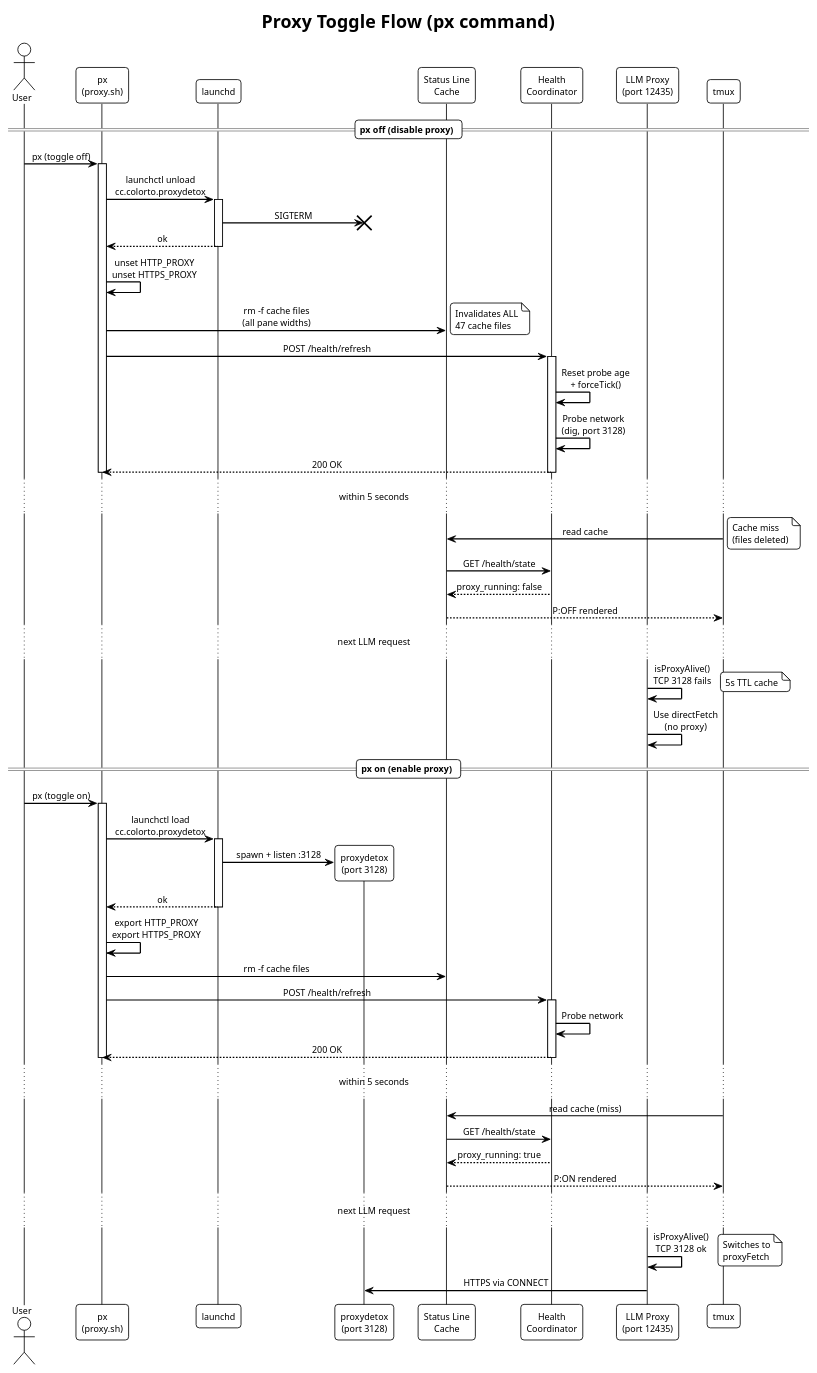
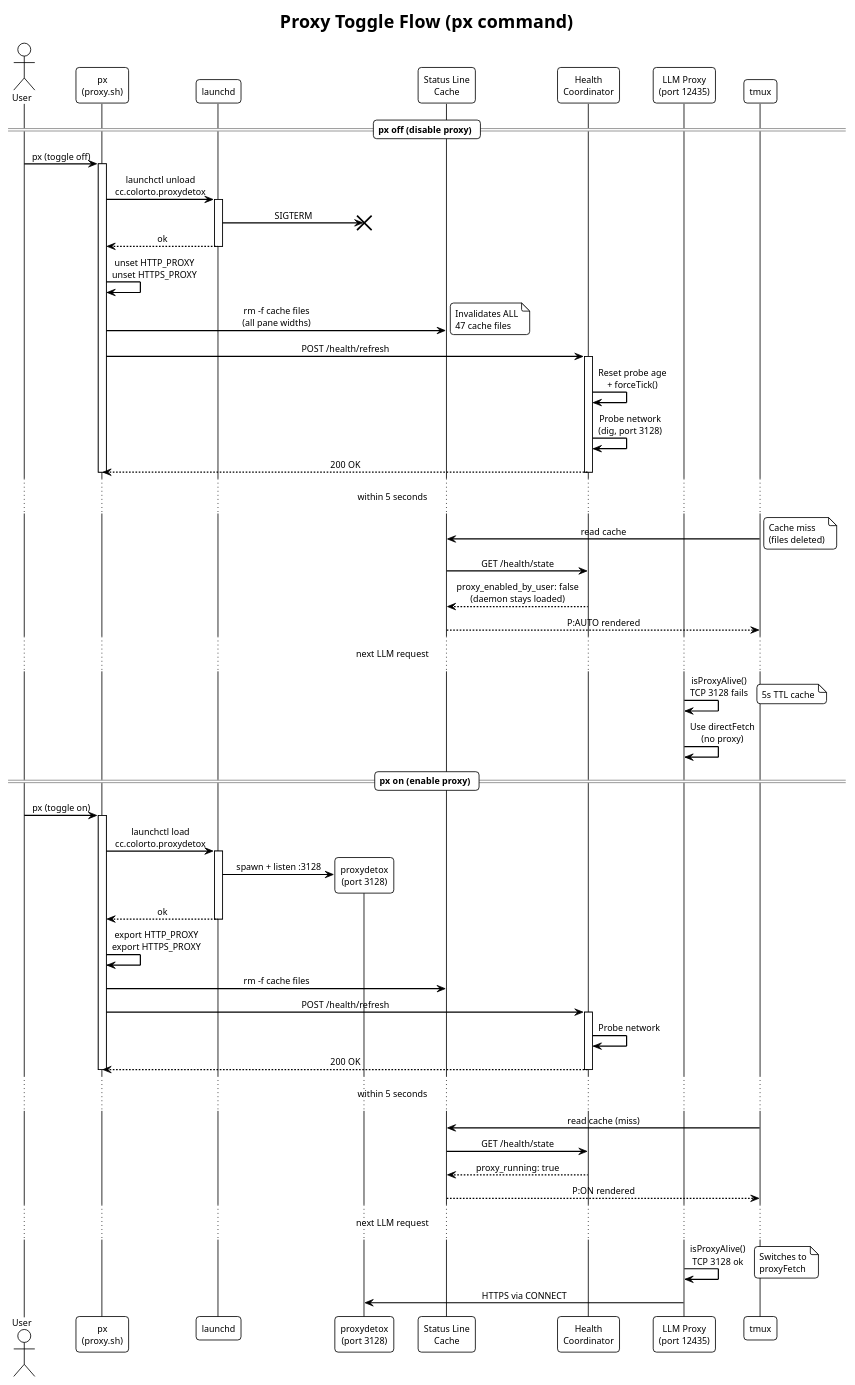
Before and after one commit to fwornle/coding: the diagram in docs-content/diagrams/proxy-toggle-flow.puml, drawn with PlantUML. The commit also changed 19 other files, not shown here.

First line of the commit message:
docs: three-state proxy badge P:ON / P:AUTO / P:OFF across guides + diagrams

```diff
--- a/docs-content/diagrams/proxy-toggle-flow.puml
+++ b/docs-content/diagrams/proxy-toggle-flow.puml
@@ -1,97 +1,97 @@
 @startuml proxy-toggle-flow
 !theme plain
 skinparam backgroundColor #FFFFFF
 skinparam sequenceMessageAlign center
 skinparam responseMessageBelowArrow true
 skinparam sequenceArrowThickness 1.5
 skinparam roundcorner 8
 skinparam defaultFontName SF Mono
 skinparam defaultFontSize 11
 
 title Proxy Toggle Flow (px command)
 
 actor User
 participant "px\n(proxy.sh)" as PX
 participant "launchd" as LD
 participant "proxydetox\n(port 3128)" as PD
 participant "Status Line\nCache" as SLC
 participant "Health\nCoordinator" as HC
 participant "LLM Proxy\n(port 12435)" as LLM
 participant "tmux" as TM
 
 == px off (disable proxy) ==
 
 User -> PX: px (toggle off)
 activate PX
 
 PX -> LD: launchctl unload\ncc.colorto.proxydetox
 activate LD
 LD -> PD: SIGTERM
 destroy PD
 LD --> PX: ok
 deactivate LD
 
 PX -> PX: unset HTTP_PROXY\nunset HTTPS_PROXY
 
 PX -> SLC: rm -f cache files\n(all pane widths)
 note right: Invalidates ALL\n47 cache files
 
 PX -> HC: POST /health/refresh
 activate HC
 HC -> HC: Reset probe age\n+ forceTick()
 HC -> HC: Probe network\n(dig, port 3128)
 HC --> PX: 200 OK
 deactivate HC
 
 deactivate PX
 
 ... within 5 seconds ...
 
 TM -> SLC: read cache
 note right: Cache miss\n(files deleted)
 SLC -> HC: GET /health/state
-HC --> SLC: proxy_running: false
-SLC --> TM: P:OFF rendered
+HC --> SLC: proxy_enabled_by_user: false\n(daemon stays loaded)
+SLC --> TM: P:AUTO rendered
 
 ... next LLM request ...
 
 LLM -> LLM: isProxyAlive()\nTCP 3128 fails
 note right: 5s TTL cache
 LLM -> LLM: Use directFetch\n(no proxy)
 
 == px on (enable proxy) ==
 
 User -> PX: px (toggle on)
 activate PX
 
 PX -> LD: launchctl load\ncc.colorto.proxydetox
 activate LD
 LD -> PD **: spawn + listen :3128
 LD --> PX: ok
 deactivate LD
 
 PX -> PX: export HTTP_PROXY\nexport HTTPS_PROXY
 
 PX -> SLC: rm -f cache files
 PX -> HC: POST /health/refresh
 activate HC
 HC -> HC: Probe network
 HC --> PX: 200 OK
 deactivate HC
 
 deactivate PX
 
 ... within 5 seconds ...
 
 TM -> SLC: read cache (miss)
 SLC -> HC: GET /health/state
 HC --> SLC: proxy_running: true
 SLC --> TM: P:ON rendered
 
 ... next LLM request ...
 
 LLM -> LLM: isProxyAlive()\nTCP 3128 ok
 note right: Switches to\nproxyFetch
 LLM -> PD: HTTPS via CONNECT
 
 @enduml
```
